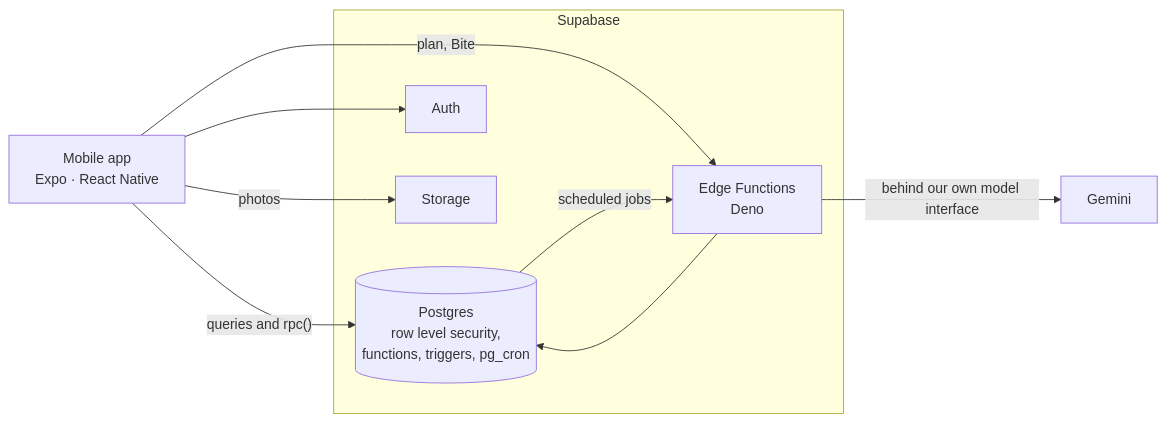
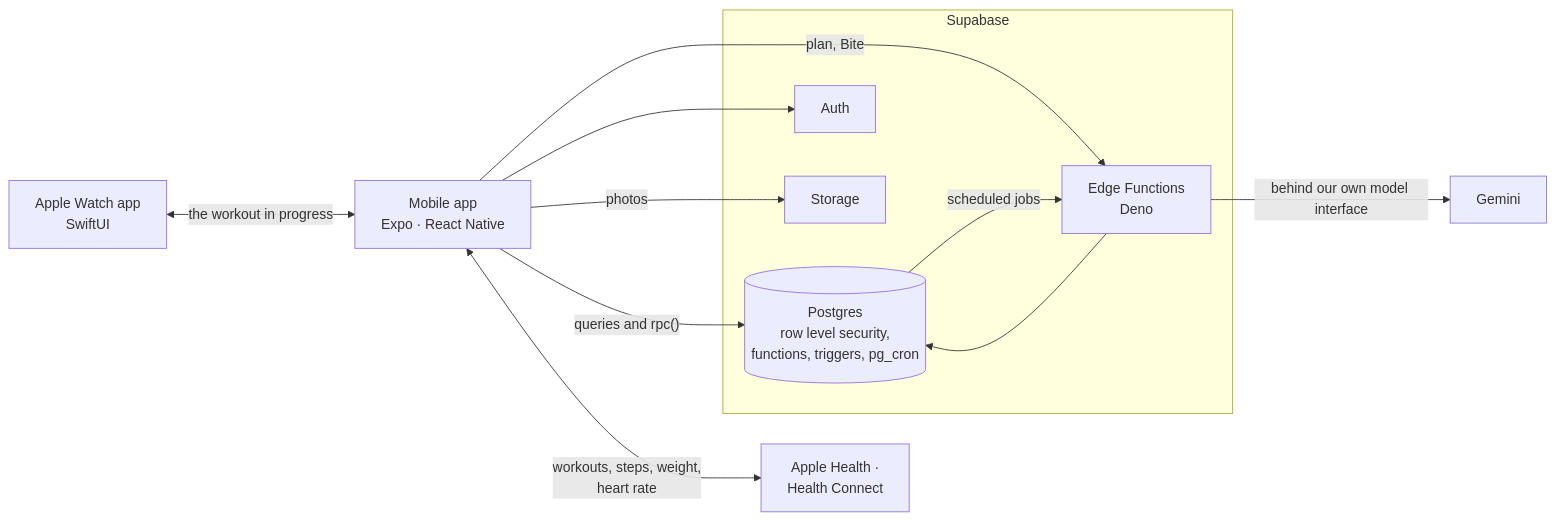
Before and after one commit to Kaandroids/benchbite: the diagram in README.md, drawn with Mermaid. The commit also changed other lines of this file, not shown here.

First line of the commit message:
docs: describe the watch app, the health apps and premium in the readme

````diff
--- a/README.md
+++ b/README.md
@@ -86,19 +94,23 @@
 ```mermaid
 flowchart LR
+  watch["Apple Watch app<br/>SwiftUI"]
+  health["Apple Health ·<br/>Health Connect"]
   app["Mobile app<br/>Expo · React Native"]
   subgraph supabase["Supabase"]
     db[("Postgres<br/>row level security,<br/>functions, triggers, pg_cron")]
     auth["Auth"]
     storage["Storage"]
     fn["Edge Functions<br/>Deno"]
   end
   gemini["Gemini"]
 
+  watch <-- "the workout in progress" --> app
+  app <-- "workouts, steps, weight,<br/>heart rate" --> health
   app -- "queries and rpc()" --> db
   app --> auth
   app -- "photos" --> storage
   app -- "plan, Bite" --> fn
   fn --> db
   fn -- "behind our own model interface" --> gemini
   db -- "scheduled jobs" --> fn
 ```
````
